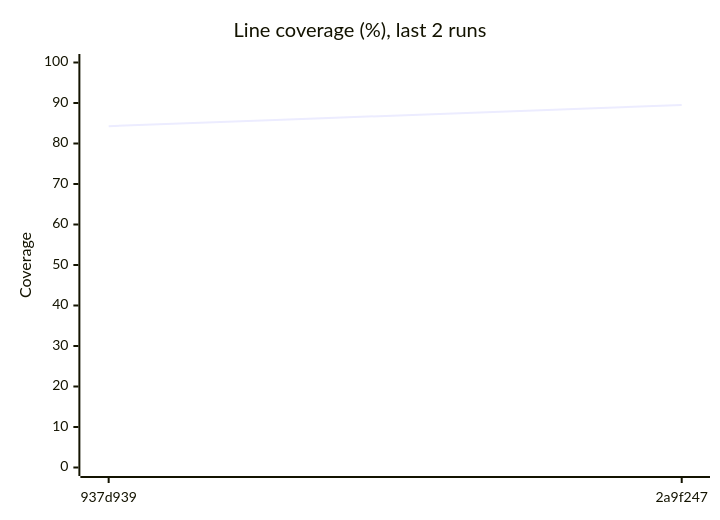
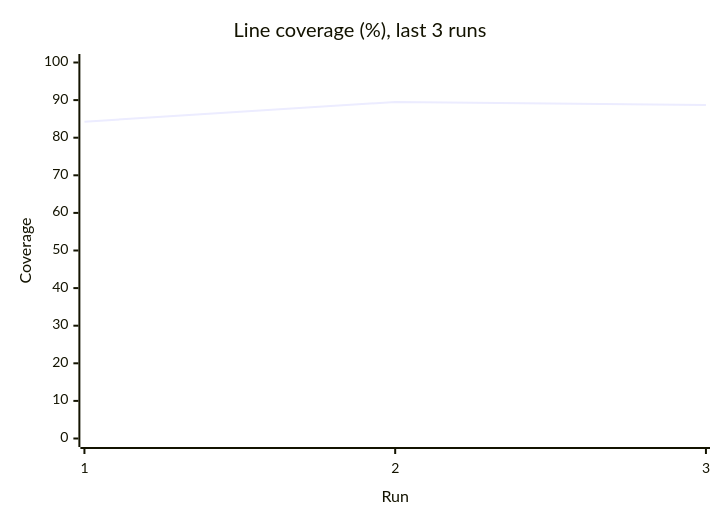
Before and after one commit to Shirojoufu/Flaky-Test-Lab: the third of 3 diagrams in reports/summary.md, drawn with Mermaid. The commit also changed other lines of this file and 7 other files, not shown here.

````diff
--- a/reports/summary.md
+++ b/reports/summary.md
@@ -51,7 +50,7 @@
 ```mermaid
 xychart-beta
-    title "Line coverage (%), last 2 runs"
-    x-axis ["937d939", "2a9f247"]
+    title "Line coverage (%), last 3 runs"
+    x-axis "Run" [1, 2, 3]
     y-axis "Coverage" 0 --> 100
-    line [84.27, 89.52]
+    line [84.27, 89.52, 88.71]
 ```
````
